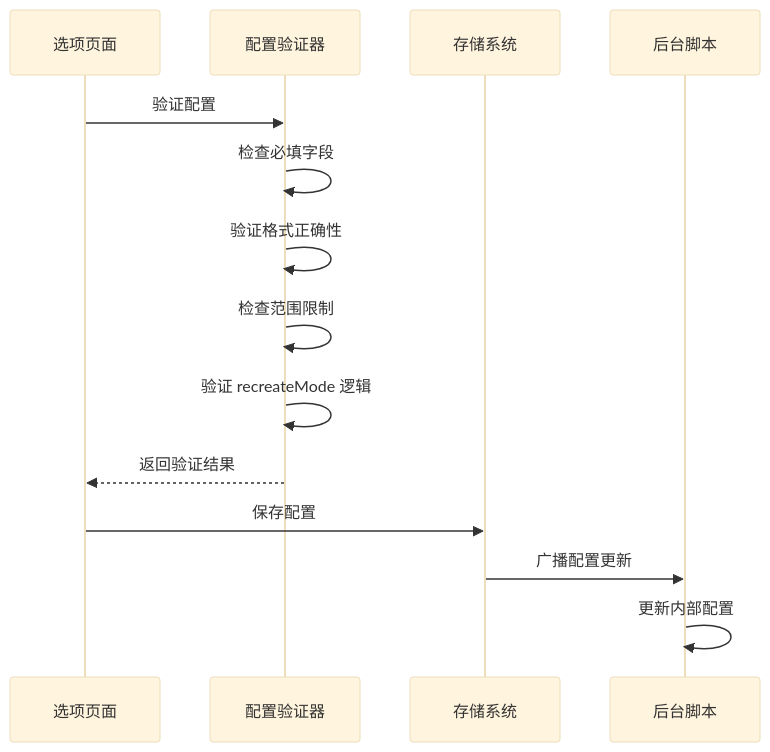
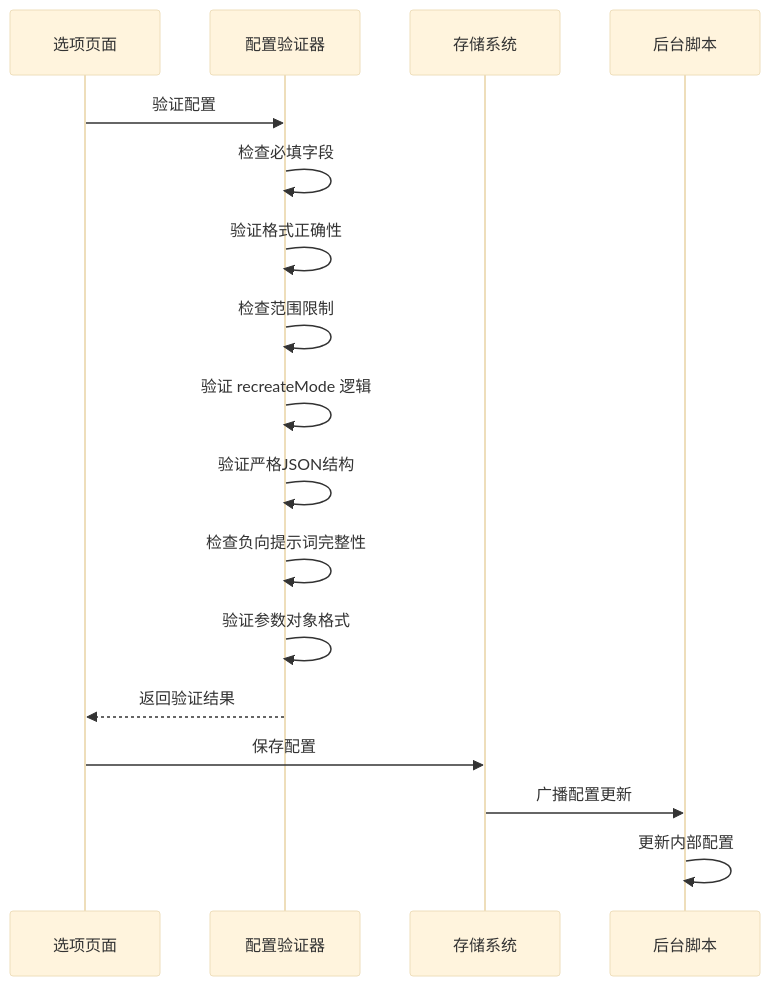
One commit to binasi/Img2Prompt changed the fourth of 11 diagrams in .qoder/repowiki/zh/content/技术架构/核心模块分析/配置管理模块 (config.js).md. Above: the diagram before and after it, drawn with Mermaid (base theme). The commit also changed other lines of this file and 8 other files, not shown here.

````diff
--- a/.qoder/repowiki/zh/content/技术架构/核心模块分析/配置管理模块 (config.js).md
+++ b/.qoder/repowiki/zh/content/技术架构/核心模块分析/配置管理模块 (config.js).md
@@ -235,16 +266,19 @@
 ```mermaid
 sequenceDiagram
 participant Options as 选项页面
 participant Config as 配置验证器
 participant Storage as 存储系统
 participant Background as 后台脚本
 Options->>Config : 验证配置
 Config->>Config : 检查必填字段
 Config->>Config : 验证格式正确性
 Config->>Config : 检查范围限制
 Config->>Config : 验证 recreateMode 逻辑
+Config->>Config : 验证严格JSON结构
+Config->>Config : 检查负向提示词完整性
+Config->>Config : 验证参数对象格式
 Config-->>Options : 返回验证结果
 Options->>Storage : 保存配置
 Storage->>Background : 广播配置更新
 Background->>Background : 更新内部配置
 ```
````
